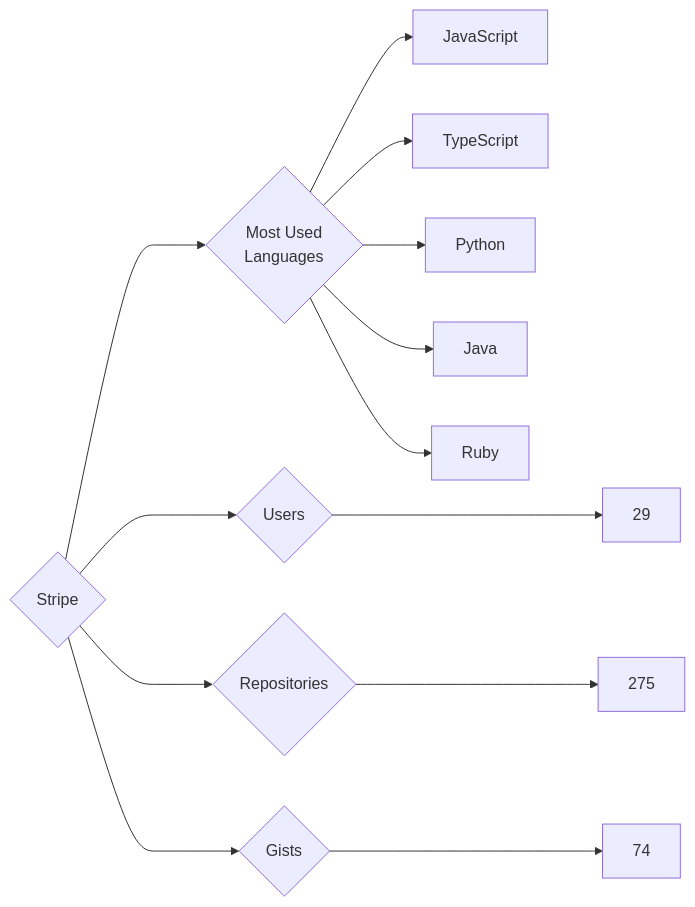
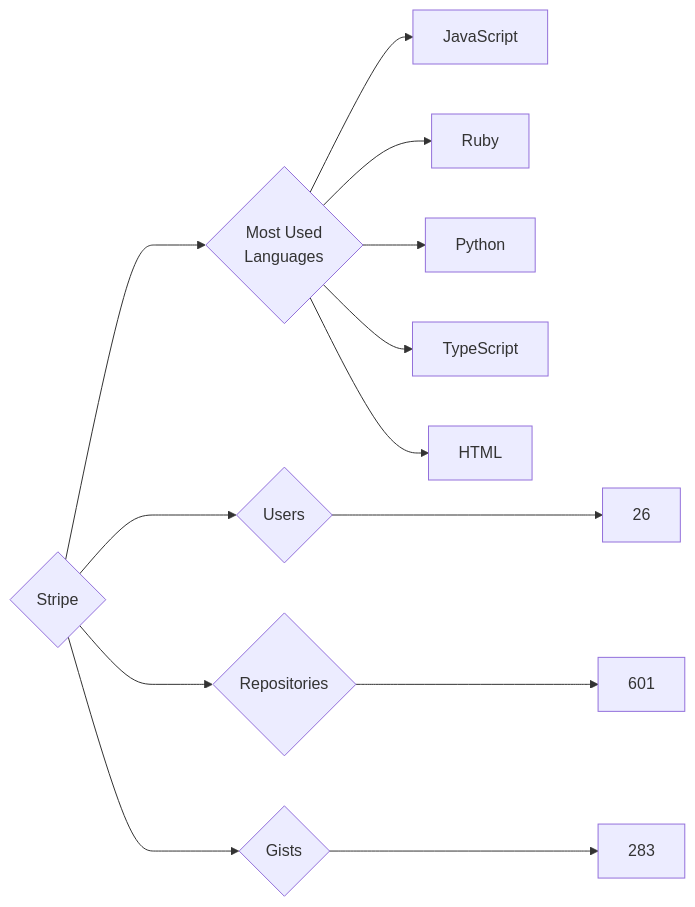
One commit to trickest/insiders changed the diagram in targets/Stripe/README.md. Above: the diagram before and after it, drawn with Mermaid. The commit also changed 928 other files, not shown here.

````diff
--- a/targets/Stripe/README.md
+++ b/targets/Stripe/README.md
@@ -3,13 +3,13 @@
 ```mermaid
 graph LR
 COMPANY_NAME{Stripe}
-COMPANY_NAME ---> U{Users} ---> UN[29]
-COMPANY_NAME ---> R{Repositories} ---> RN[275]
-COMPANY_NAME ---> G{Gists} ---> GN[74]
+COMPANY_NAME ---> U{Users} ---> UN[26]
+COMPANY_NAME ---> R{Repositories} ---> RN[601]
+COMPANY_NAME ---> G{Gists} ---> GN[283]
 COMPANY_NAME ---> ML{Most Used<br>Languages}
 ML --> JavaScript[JavaScript]
+ML --> Ruby[Ruby]
+ML --> Python[Python]
 ML --> TypeScript[TypeScript]
-ML --> Python[Python]
-ML --> Java[Java]
-ML --> Ruby[Ruby]
+ML --> HTML[HTML]
 ```
````
